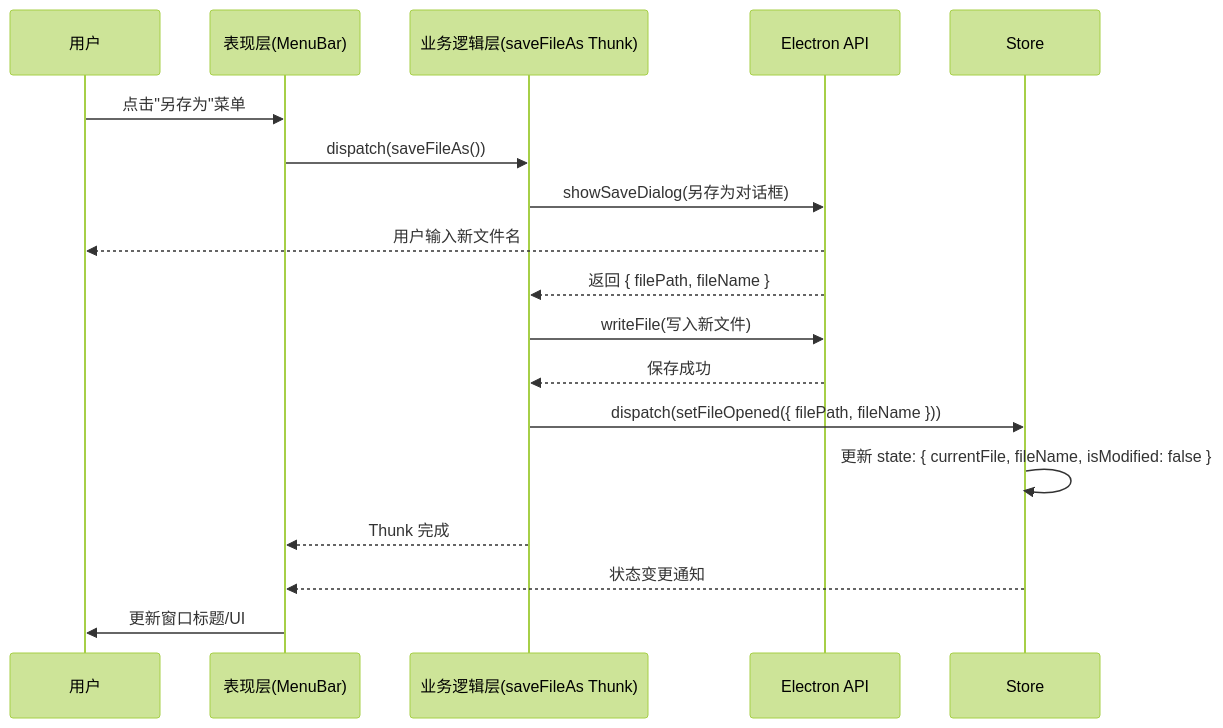
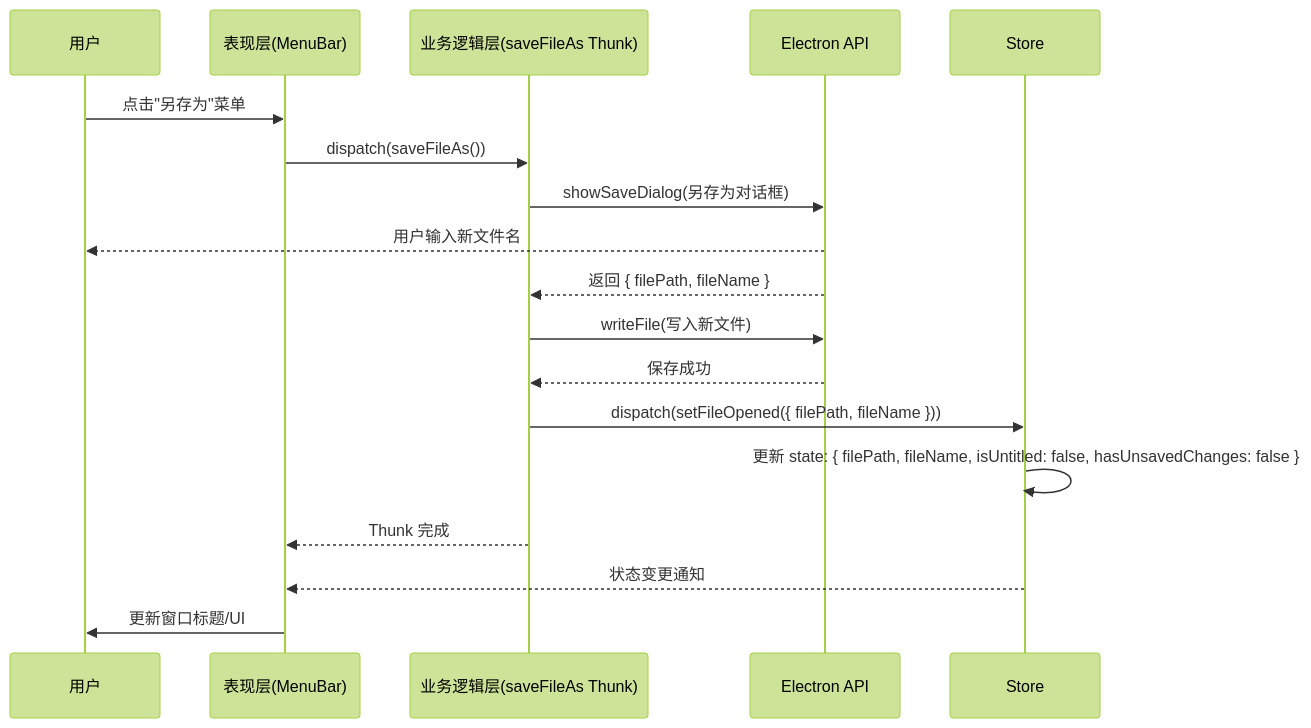
One commit to kampfer/trae-image-marker changed the fourth of 4 diagrams in doc/技术设计/04-业务逻辑层.md. Above: the diagram before and after it, drawn with Mermaid (forest theme). The commit also changed other lines of this file and 9 other files, not shown here.

````diff
--- a/doc/技术设计/04-业务逻辑层.md
+++ b/doc/技术设计/04-业务逻辑层.md
@@ -392,21 +392,21 @@
 ```mermaid
 sequenceDiagram
     participant U as 用户
     participant UI as 表现层(MenuBar)
     participant CL as 业务逻辑层(saveFileAs Thunk)
     participant EP as Electron API
     participant SL as Store
 
     U->>UI: 点击"另存为"菜单
     UI->>CL: dispatch(saveFileAs())
     CL->>EP: showSaveDialog(另存为对话框)
     EP-->>U: 用户输入新文件名
     EP-->>CL: 返回 { filePath, fileName }
     CL->>EP: writeFile(写入新文件)
     EP-->>CL: 保存成功
     CL->>SL: dispatch(setFileOpened({ filePath, fileName }))
-    SL->>SL: 更新 state: { currentFile, fileName, isModified: false }
+    SL->>SL: 更新 state: { filePath, fileName, isUntitled: false, hasUnsavedChanges: false }
     CL-->>UI: Thunk 完成
     SL-->>UI: 状态变更通知
     UI->>U: 更新窗口标题/UI
 ```
````
